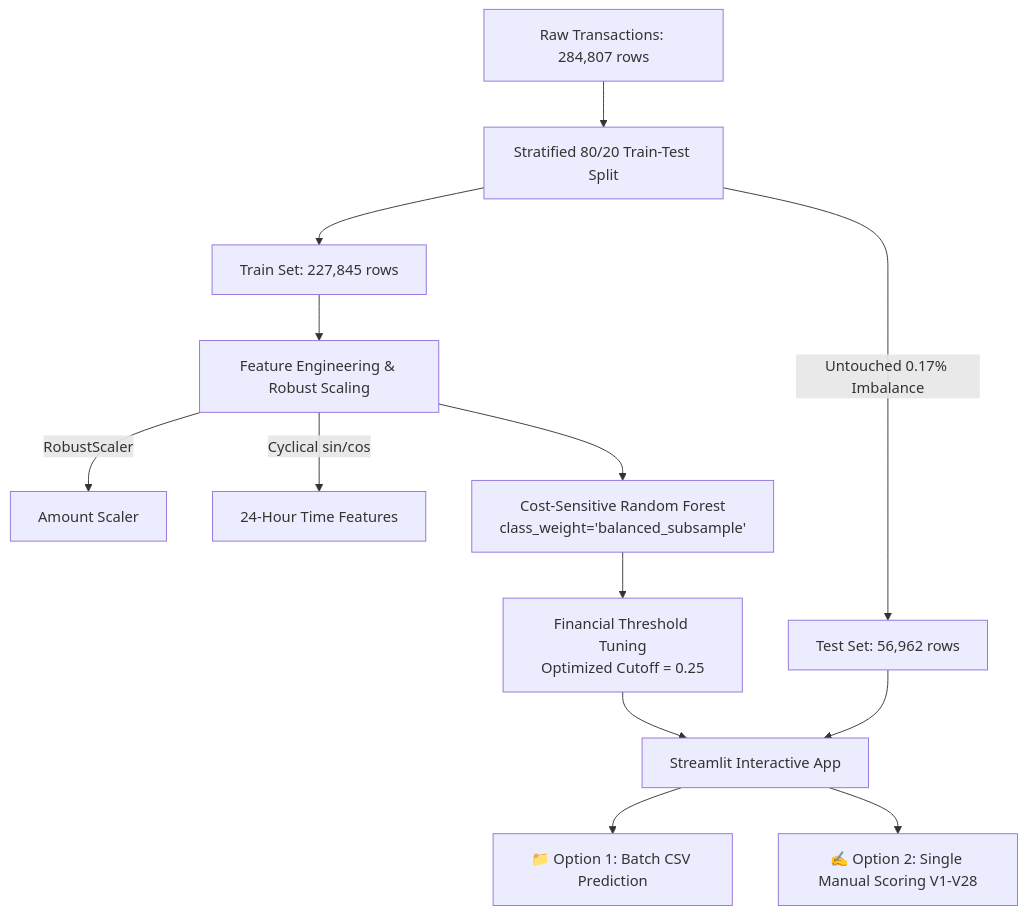
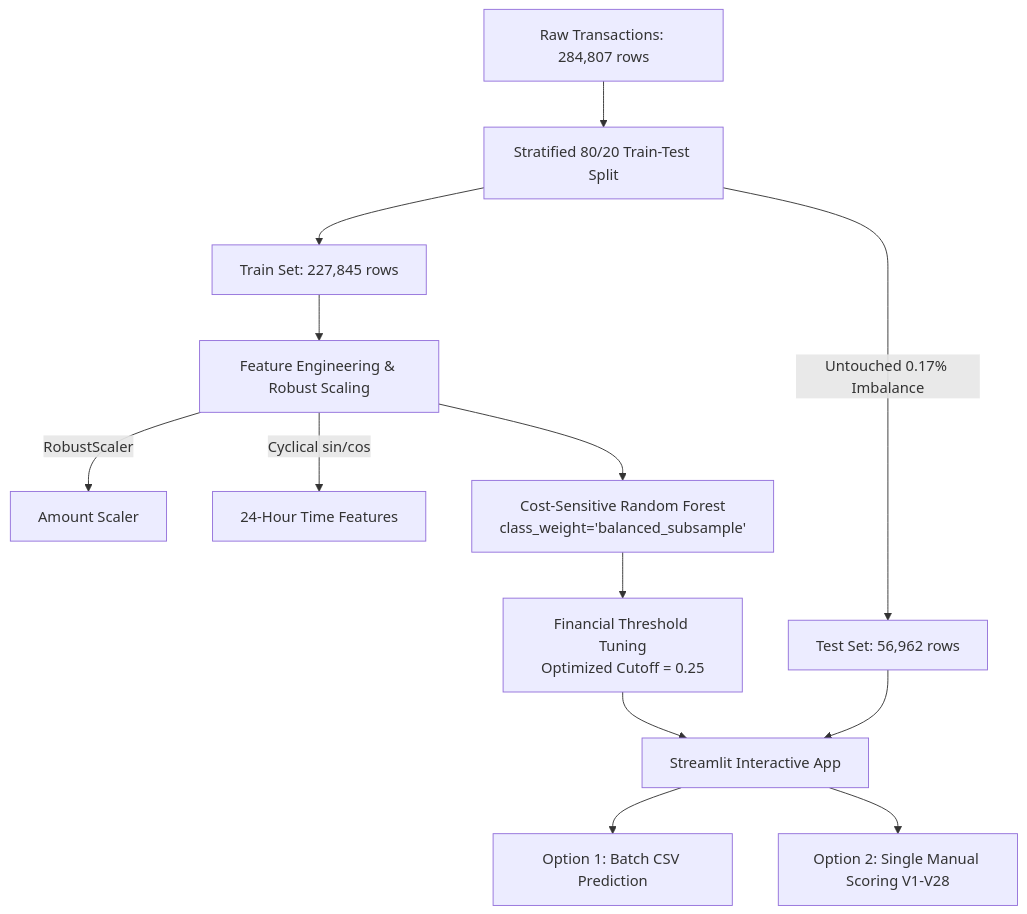
The diagram in README.md (Decodeme007/Credit_Card_Fraud_Detection), drawn with Mermaid before and after one commit. The commit also changed other lines of this file, not shown here.

````diff
--- a/README.md
+++ b/README.md
@@ -31,19 +25,19 @@
 ```mermaid
 flowchart TD
     A[Raw Transactions: 284,807 rows] --> B[Stratified 80/20 Train-Test Split]
     B -->|Untouched 0.17% Imbalance| C[Test Set: 56,962 rows]
     B --> D[Train Set: 227,845 rows]
     
     D --> E[Feature Engineering & Robust Scaling]
     E -->|RobustScaler| F[Amount Scaler]
     E -->|Cyclical sin/cos| G[24-Hour Time Features]
     
     E --> H[Cost-Sensitive Random Forest<br/>class_weight='balanced_subsample']
     H --> I[Financial Threshold Tuning<br/>Optimized Cutoff = 0.25]
     
     I --> J[Streamlit Interactive App]
     C --> J
     
-    J --> K[📁 Option 1: Batch CSV Prediction]
-    J --> L[✍️ Option 2: Single Manual Scoring V1-V28]
+    J --> K[ Option 1: Batch CSV Prediction]
+    J --> L[ Option 2: Single Manual Scoring V1-V28]
 ```
````
